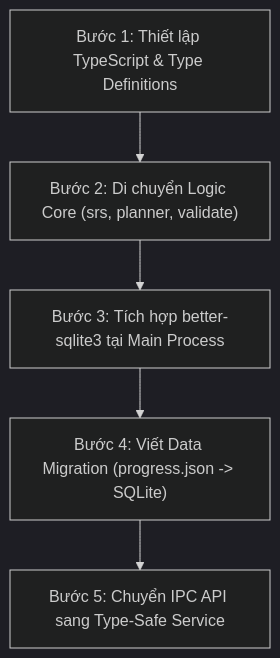
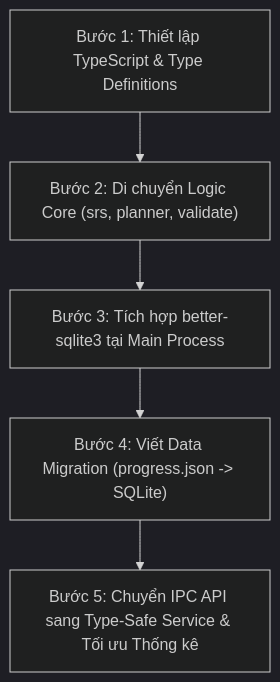
One commit to viet15t12/TurtleDeck changed the diagram in study-app-architecture-ts-sqlite.md. Above: the diagram before and after it, drawn with Mermaid (dark theme). The commit also changed other lines of this file and 278 other files, not shown here.

Commit message:
refactor(main): tái cấu trúc main.js sang TypeScript strict theo cấu trúc src/main/

````diff
--- a/study-app-architecture-ts-sqlite.md
+++ b/study-app-architecture-ts-sqlite.md
@@ -277,7 +476,7 @@
 ```mermaid
 flowchart TD
     A["Bước 1: Thiết lập TypeScript & Type Definitions"] --> B["Bước 2: Di chuyển Logic Core (srs, planner, validate)"]
     B --> C["Bước 3: Tích hợp better-sqlite3 tại Main Process"]
     C --> D["Bước 4: Viết Data Migration (progress.json -> SQLite)"]
-    D --> E["Bước 5: Chuyển IPC API sang Type-Safe Service"]
+    D --> E["Bước 5: Chuyển IPC API sang Type-Safe Service & Tối ưu Thống kê"]
 ```
````
